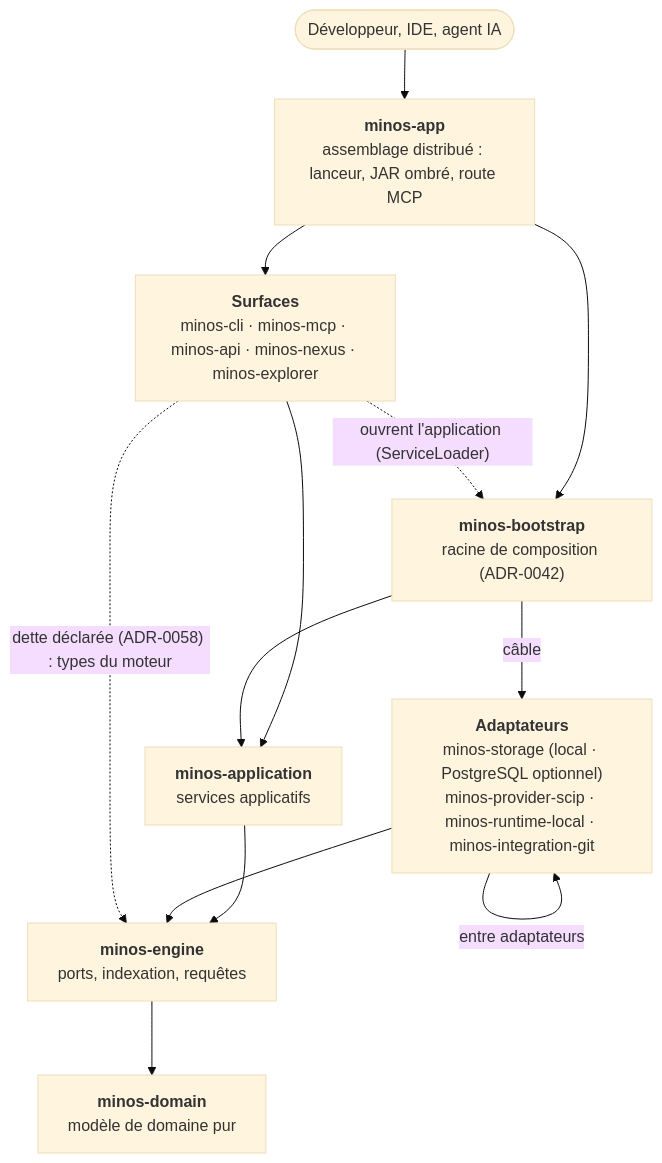
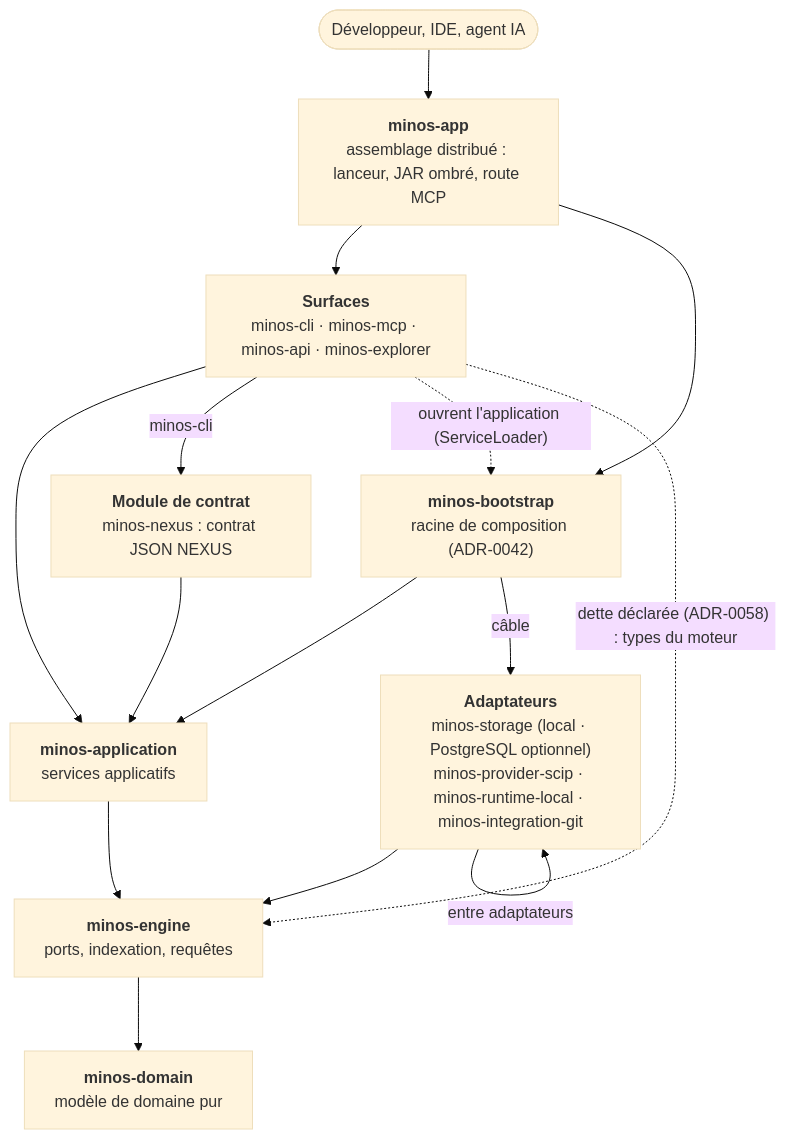
The first of 2 diagrams in docs/architecture/arc42/05-vue-blocs.md (FTurleque/minos-code-intelligence), drawn with Mermaid (base theme) before and after one commit. The commit also changed other lines of this file and 13 other files, not shown here.

First line of the commit message:
refactor(architecture): reclasser minos-nexus en module de contrat

````diff
--- a/docs/architecture/arc42/05-vue-blocs.md
+++ b/docs/architecture/arc42/05-vue-blocs.md
@@ -14,24 +14,27 @@
 ```mermaid
 flowchart TB
     clients(["Développeur, IDE, agent IA"])
     app["<b>minos-app</b><br/>assemblage distribué : lanceur, JAR ombré, route MCP"]
-    surfaces["<b>Surfaces</b><br/>minos-cli · minos-mcp · minos-api · minos-nexus · minos-explorer"]
+    surfaces["<b>Surfaces</b><br/>minos-cli · minos-mcp · minos-api · minos-explorer"]
+    contract["<b>Module de contrat</b><br/>minos-nexus : contrat JSON NEXUS"]
     bootstrap["<b>minos-bootstrap</b><br/>racine de composition (ADR-0042)"]
     application["<b>minos-application</b><br/>services applicatifs"]
     adapters["<b>Adaptateurs</b><br/>minos-storage (local · PostgreSQL optionnel)<br/>minos-provider-scip · minos-runtime-local · minos-integration-git"]
     engine["<b>minos-engine</b><br/>ports, indexation, requêtes"]
     domain["<b>minos-domain</b><br/>modèle de domaine pur"]
 
     clients --> app
     app --> surfaces
     app --> bootstrap
     surfaces --> application
+    surfaces -->|"minos-cli"| contract
+    contract --> application
     surfaces -.->|"ouvrent l'application (ServiceLoader)"| bootstrap
     bootstrap --> application
     bootstrap -->|"câble"| adapters
     application --> engine
     adapters --> engine
     adapters -->|"entre adaptateurs"| adapters
     surfaces -.->|"dette déclarée (ADR-0058) : types du moteur"| engine
     engine --> domain
 ```
````
